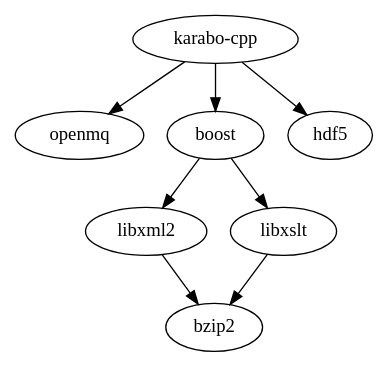
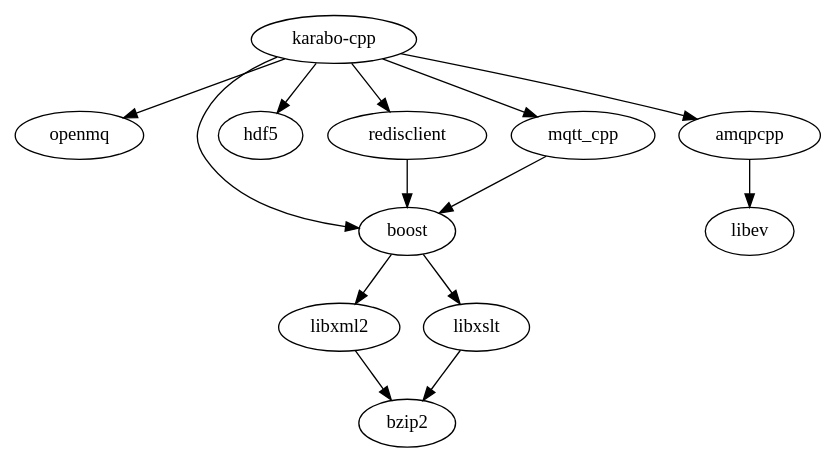
Before and after one commit to European-XFEL/Karabo: the second of 8 diagrams in doc/installation/dependency_management.rst, drawn with Graphviz. The commit also changed other lines of this file and 23 other files, not shown here.

```diff
--- a/doc/installation/dependency_management.rst
+++ b/doc/installation/dependency_management.rst
@@ -288,9 +295,15 @@
 .. digraph:: karabocpp_dependencies
 
     "karabo-cpp" -> "openmq"
     "karabo-cpp" -> "boost"
     "karabo-cpp" -> "hdf5"
+    "karabo-cpp" -> "redisclient"
+    "karabo-cpp" -> "amqpcpp"
+    "karabo-cpp" -> "mqtt_cpp"
+    "mqtt_cpp" -> "boost"
+    "redisclient" -> "boost"
     "boost" -> "libxml2"
     "boost" -> "libxslt"
     "libxml2" -> "bzip2"
     "libxslt" -> "bzip2"
+    "amqpcpp" -> "libev"
```
